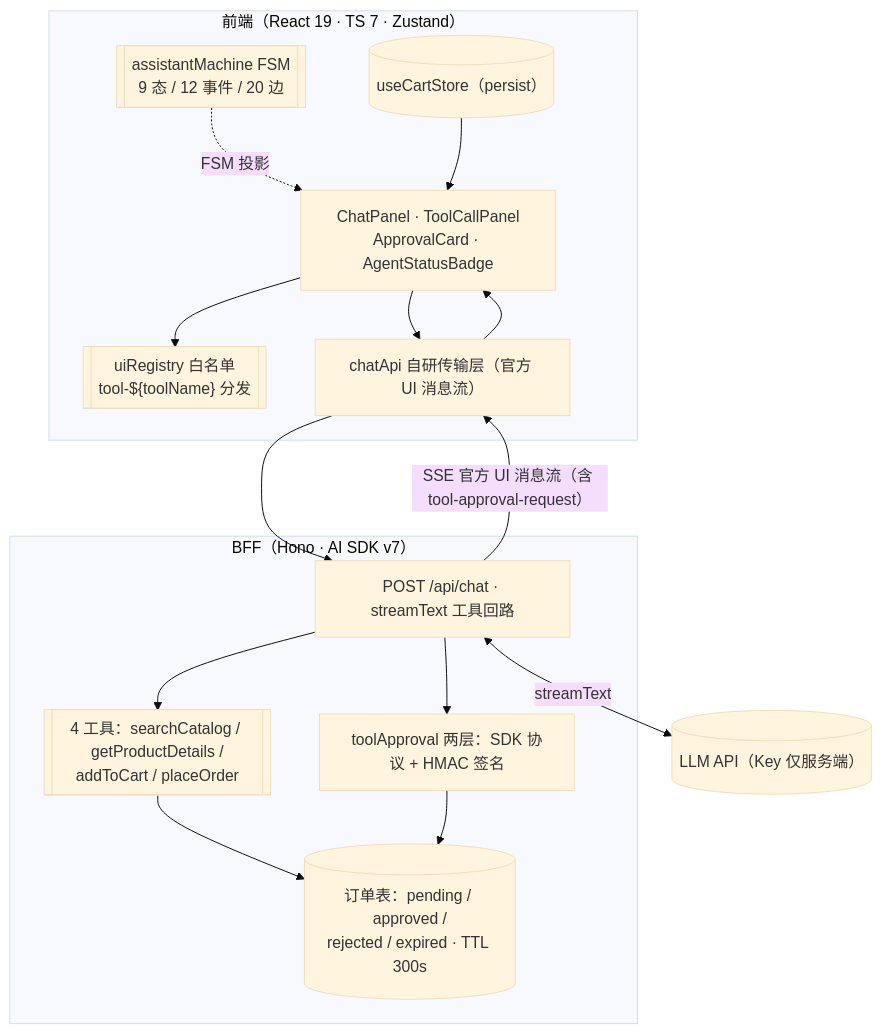
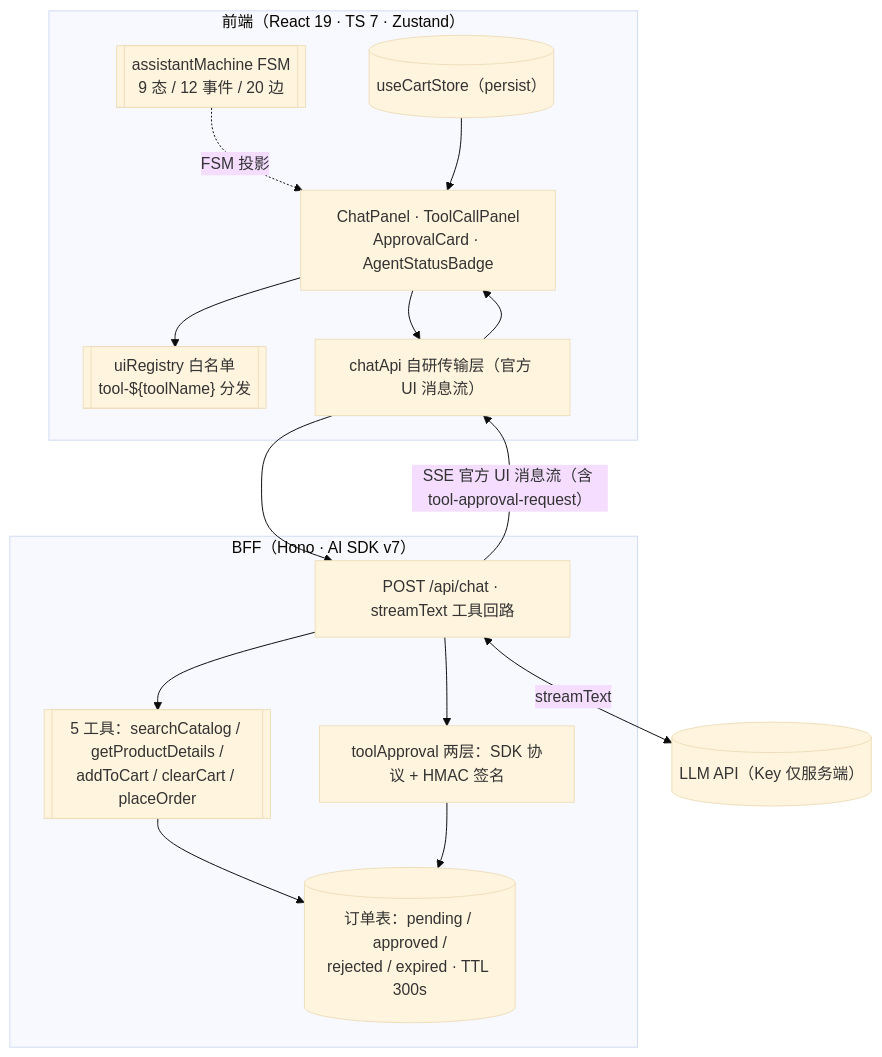
Before and after one commit to hanalice/connect-store: the diagram in docs/wiki/connect-store-architecture-ai-section.md, drawn with Mermaid (base theme). The commit also changed 1 other file, not shown here.

Commit message:
docs(assistant): G5.2 QA 打回 D-1 修补——方向 D 同族 4 处 clearCart 清单补齐
【背景】QA 裁定 4 处属 G5.2 施工项 2 同族偏离（G5.1 后 design/wiki 工具
清单未同步收口），须在本 G 内补完；docs-only，零代码改动。

【修补 4 处（前后对照）】
1. design §3 mermaid TREG 节点：「toolRegistry（4 工具）」→「5 工具」，
   枚举补 clearCart（addToCart · clearCart · placeOrder）
2. design §4 Agent 工具协议表：addToCart 与 placeOrder 之间补 clearCart 行
   ——零入参、副作用「低（可逆）」、无 HITL 自动执行、回执语义（G2.1 边界）
3. design §7 registry 表：tool-addToCart 行后补 tool-clearCart 行
   → ClearCartConfirmCard（零入参回执 + 「查看购物车」打开 drawer，G5.1 裁决①-b）
4. wiki 草稿 mermaid TREG 节点：「4 工具」→「5 工具」，枚举同步补 clearCart

【一致性】§12 v0.5 G5.2 补丁行同条内增补短语概括上述 4 处（未新开行）；
历史变更记录行仍一字未动。

【验证】npm run lint + npm run format:check 全绿（零代码改动，不重跑测试）。

````diff
--- a/docs/wiki/connect-store-architecture-ai-section.md
+++ b/docs/wiki/connect-store-architecture-ai-section.md
@@ -56,28 +56,28 @@
 ```mermaid
 flowchart TB
     subgraph FE["前端（React 19 · TS 7 · Zustand）"]
         UI["ChatPanel · ToolCallPanel<br/>ApprovalCard · AgentStatusBadge"]
         REG[["uiRegistry 白名单<br/>tool-${toolName} 分发"]]
         MACH[["assistantMachine FSM<br/>9 态 / 12 事件 / 20 边"]]
         CART[("useCartStore（persist）")]
         CHATAPI["chatApi 自研传输层（官方 UI 消息流）"]
     end
 
     subgraph BFF["BFF（Hono · AI SDK v7）"]
         CHAT["POST /api/chat · streamText 工具回路"]
-        TREG[["4 工具：searchCatalog / getProductDetails /<br/>addToCart / placeOrder"]]
+        TREG[["5 工具：searchCatalog / getProductDetails /<br/>addToCart / clearCart / placeOrder"]]
         TAP["toolApproval 两层：SDK 协议 + HMAC 签名"]
         ORD[("订单表：pending / approved /<br/>rejected / expired · TTL 300s")]
     end
 
     LLM[("LLM API（Key 仅服务端）")]
 
     UI --> CHATAPI --> CHAT
     CHAT -->|"SSE 官方 UI 消息流（含 tool-approval-request）"| CHATAPI --> UI
     MACH -. FSM 投影 .-> UI
     UI --> REG
     CHAT --> TREG --> ORD
     CHAT --> TAP --> ORD
     CHAT <-->|streamText| LLM
     CART --> UI
 ```
````
